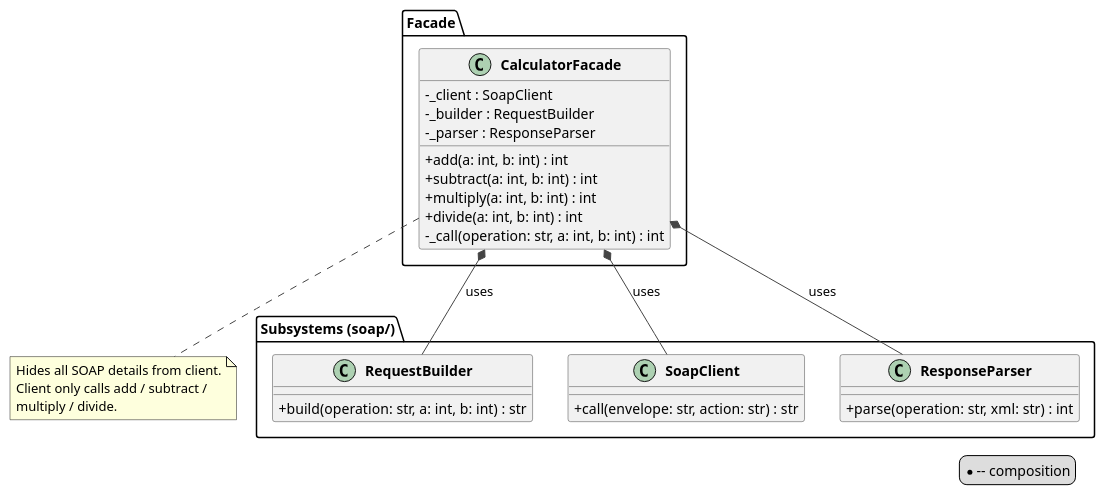
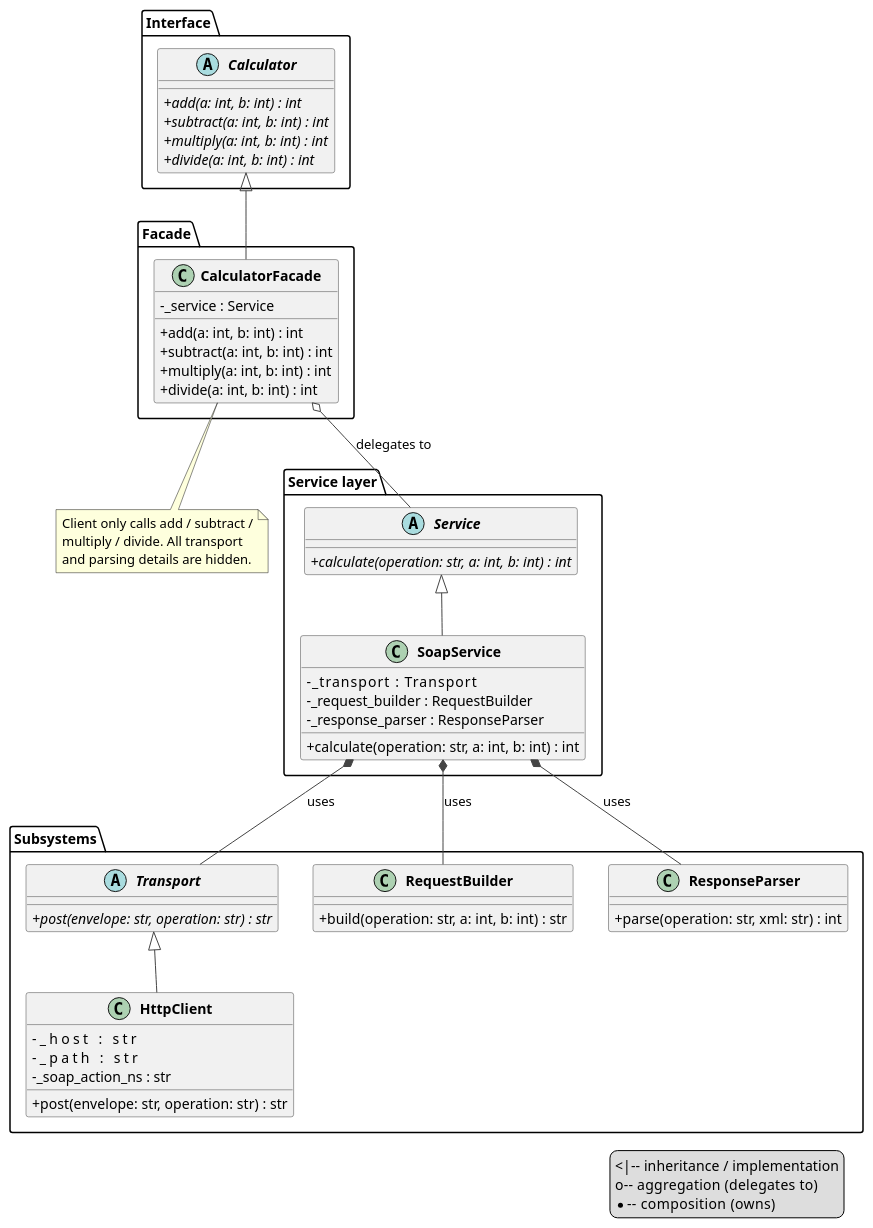
Before and after one commit to olegf2a/gof: the diagram in structural/facade/uml/facade_schema.puml, drawn with PlantUML. The commit also changed 17 other files, not shown here.

```diff
--- a/structural/facade/uml/facade_schema.puml
+++ b/structural/facade/uml/facade_schema.puml
@@ -1,49 +1,84 @@
 @startuml facade_schema
 
 skinparam classAttributeIconSize 0
 skinparam classFontStyle bold
 skinparam ArrowColor #444444
 skinparam ClassBorderColor #444444
 
+package "Interface" {
+  abstract class Calculator {
+    + add(a: int, b: int) : int  {abstract}
+    + subtract(a: int, b: int) : int  {abstract}
+    + multiply(a: int, b: int) : int  {abstract}
+    + divide(a: int, b: int) : int  {abstract}
+  }
+}
+
 package "Facade" {
   class CalculatorFacade {
-    - _client : SoapClient
-    - _builder : RequestBuilder
-    - _parser : ResponseParser
+    - _service : Service
     + add(a: int, b: int) : int
     + subtract(a: int, b: int) : int
     + multiply(a: int, b: int) : int
     + divide(a: int, b: int) : int
-    - _call(operation: str, a: int, b: int) : int
   }
+
+  Calculator <|-- CalculatorFacade
 }
 
-package "Subsystems (soap/)" {
+package "Service layer" {
+  abstract class Service {
+    + calculate(operation: str, a: int, b: int) : int  {abstract}
+  }
+
+  class SoapService {
+    - _transport       : Transport
+    - _request_builder : RequestBuilder
+    - _response_parser : ResponseParser
+    + calculate(operation: str, a: int, b: int) : int
+  }
+
+  Service <|-- SoapService
+}
+
+package "Subsystems" {
+  abstract class Transport {
+    + post(envelope: str, operation: str) : str  {abstract}
+  }
+
+  class HttpClient {
+    - _host           : str
+    - _path           : str
+    - _soap_action_ns : str
+    + post(envelope: str, operation: str) : str
+  }
+
   class RequestBuilder {
     + build(operation: str, a: int, b: int) : str
-  }
-
-  class SoapClient {
-    + call(envelope: str, action: str) : str
   }
 
   class ResponseParser {
     + parse(operation: str, xml: str) : int
   }
+
+  Transport <|-- HttpClient
 }
 
-CalculatorFacade *-- SoapClient     : uses
-CalculatorFacade *-- RequestBuilder : uses
-CalculatorFacade *-- ResponseParser : uses
+CalculatorFacade o-- Service      : delegates to
+SoapService      *-- Transport    : uses
+SoapService      *-- RequestBuilder : uses
+SoapService      *-- ResponseParser : uses
+
+legend right
+  <|--  inheritance / implementation
+  o--   aggregation (delegates to)
+  *--   composition (owns)
+end legend
 
 note bottom of CalculatorFacade
-  Hides all SOAP details from client.
   Client only calls add / subtract /
-  multiply / divide.
+  multiply / divide. All transport
+  and parsing details are hidden.
 end note
 
-legend right
-  *-- composition
-end legend
-
 @enduml
```
